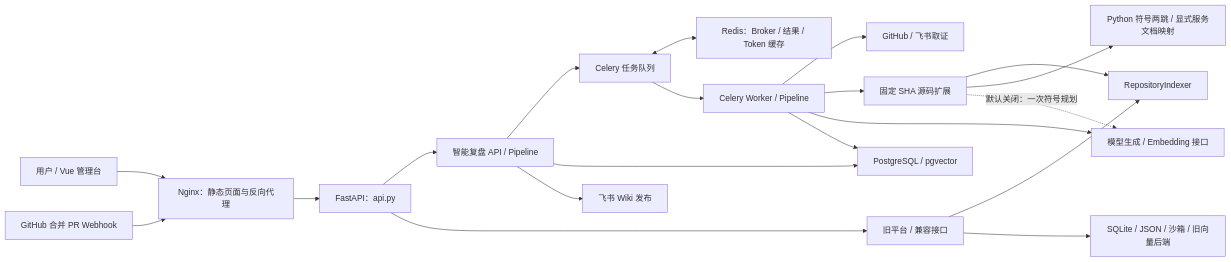
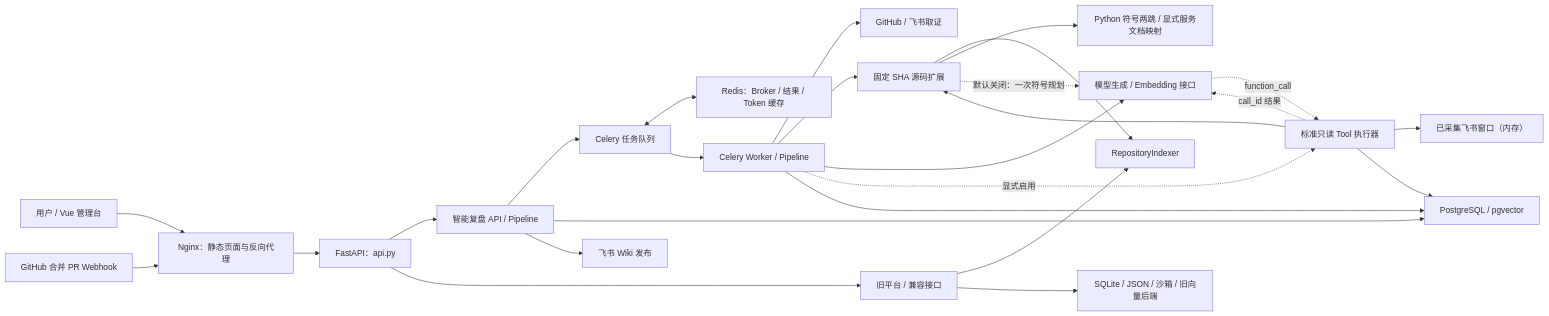
One commit to CaiRongjiang7/Insight-agent changed the diagram in docs/architecture.md. Above: the diagram before and after it, drawn with Mermaid. The commit also changed other lines of this file and 16 other files, not shown here.

````diff
--- a/docs/architecture.md
+++ b/docs/architecture.md
@@ -27,22 +27,28 @@
 ```mermaid
 flowchart LR
     User["用户 / Vue 管理台"] --> Nginx["Nginx：静态页面与反向代理"]
     GH["GitHub 合并 PR Webhook"] --> Nginx
     Nginx --> API["FastAPI：api.py"]
     API --> Main["智能复盘 API / Pipeline"]
     API --> Legacy["旧平台 / 兼容接口"]
     Main --> Queue["Celery 任务队列"]
     Queue <--> Redis["Redis：Broker / 结果 / Token 缓存"]
     Queue --> Worker["Celery Worker / Pipeline"]
     Worker --> Sources["GitHub / 飞书取证"]
     Worker --> Code["固定 SHA 源码扩展"]
     Code --> Indexer["RepositoryIndexer"]
     Code --> Symbols["Python 符号两跳 / 显式服务文档映射"]
     Code -. "默认关闭：一次符号规划" .-> Model
     Legacy --> Indexer
     Worker --> Model["模型生成 / Embedding 接口"]
+    Worker -. "显式启用" .-> Tools["标准只读 Tool 执行器"]
+    Model -. "function_call" .-> Tools
+    Tools -. "call_id 结果" .-> Model
+    Tools --> Code
+    Tools --> Cached["已采集飞书窗口（内存）"]
+    Tools --> DB
     Main --> DB["PostgreSQL / pgvector"]
     Worker --> DB
     Main --> Wiki["飞书 Wiki 发布"]
     Legacy --> Local["SQLite / JSON / 沙箱 / 旧向量后端"]
 ```
````
